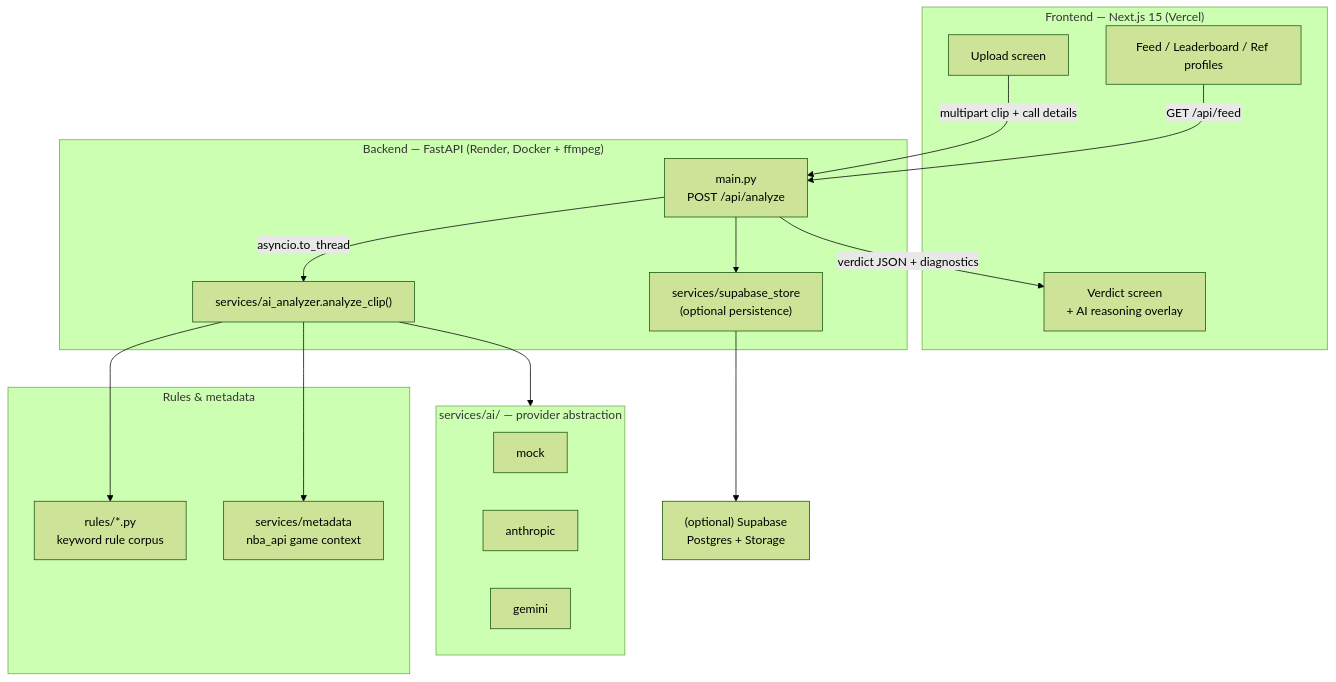
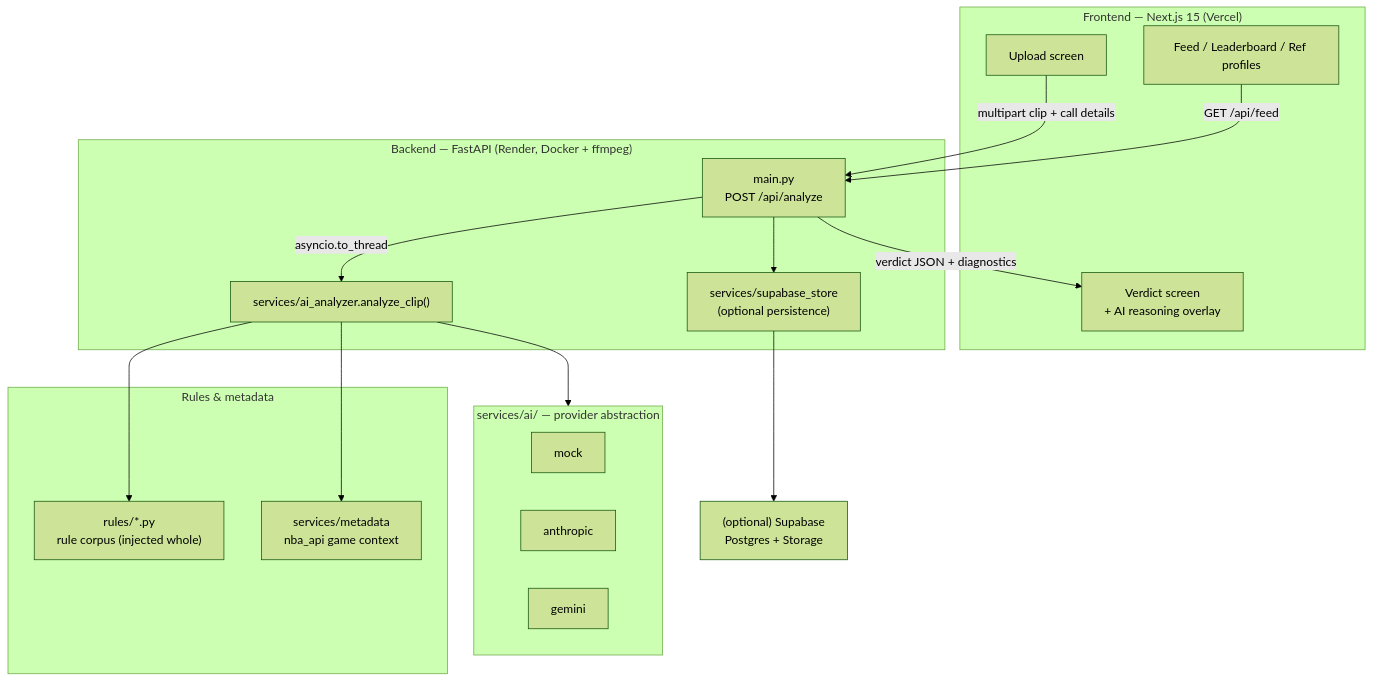
Before and after one commit to SaulBurns/BorderHack_SP2026_Refcheck_AI: the first of 2 diagrams in docs/ARCHITECTURE.md, drawn with Mermaid (forest theme). The commit also changed other lines of this file and 51 other files, not shown here.

First line of the commit message:
refactor(ai): remove the Retrieval agent; inject full rule corpus (Sprint 16A)

````diff
--- a/docs/ARCHITECTURE.md
+++ b/docs/ARCHITECTURE.md
@@ -10,36 +11,36 @@
 ```mermaid
 flowchart TB
   subgraph Client["Frontend — Next.js 15 (Vercel)"]
     UP["Upload screen"]
     VD["Verdict screen<br/>+ AI reasoning overlay"]
     FEED["Feed / Leaderboard / Ref profiles"]
   end
 
   subgraph API["Backend — FastAPI (Render, Docker + ffmpeg)"]
     MAIN["main.py<br/>POST /api/analyze"]
     ANALYZE["services/ai_analyzer.analyze_clip()"]
     STORE["services/supabase_store<br/>(optional persistence)"]
   end
 
   subgraph Providers["services/ai/ — provider abstraction"]
     MOCK["mock"]
     ANTH["anthropic"]
     GEM["gemini"]
   end
 
   subgraph Data["Rules & metadata"]
-    RULES["rules/*.py<br/>keyword rule corpus"]
+    RULES["rules/*.py<br/>rule corpus (injected whole)"]
     NBA["services/metadata<br/>nba_api game context"]
   end
 
   EXT["(optional) Supabase<br/>Postgres + Storage"]
 
   UP -->|"multipart clip + call details"| MAIN
   MAIN -->|"asyncio.to_thread"| ANALYZE
   ANALYZE --> Providers
   ANALYZE --> RULES
   ANALYZE --> NBA
   MAIN --> STORE --> EXT
   MAIN -->|"verdict JSON + diagnostics"| VD
   FEED -->|"GET /api/feed"| MAIN
 ```
````
